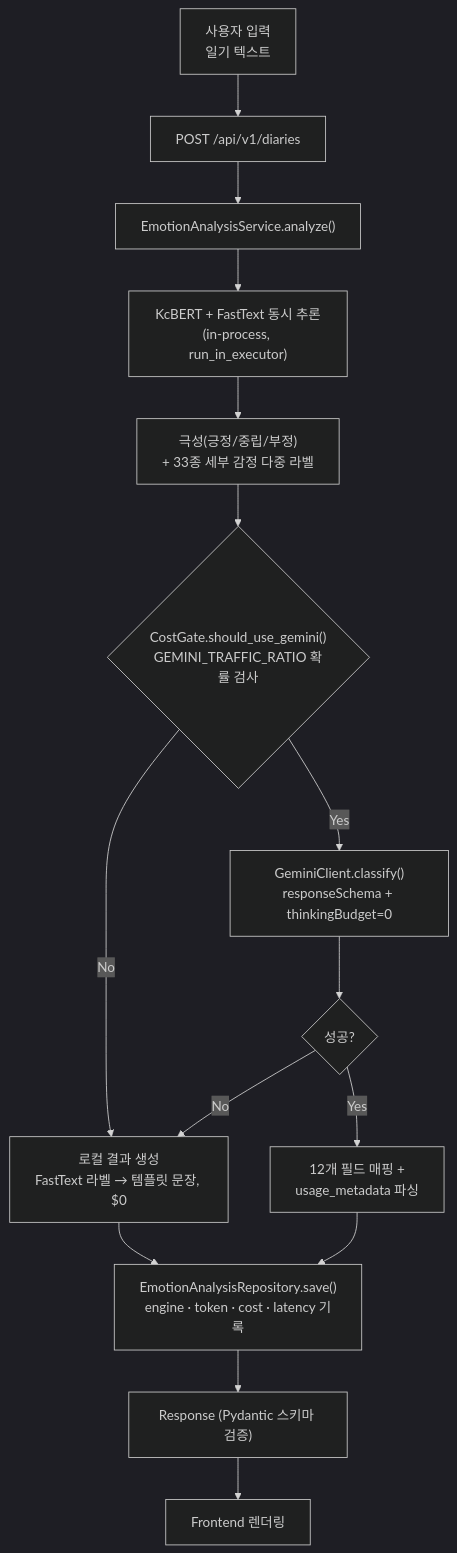
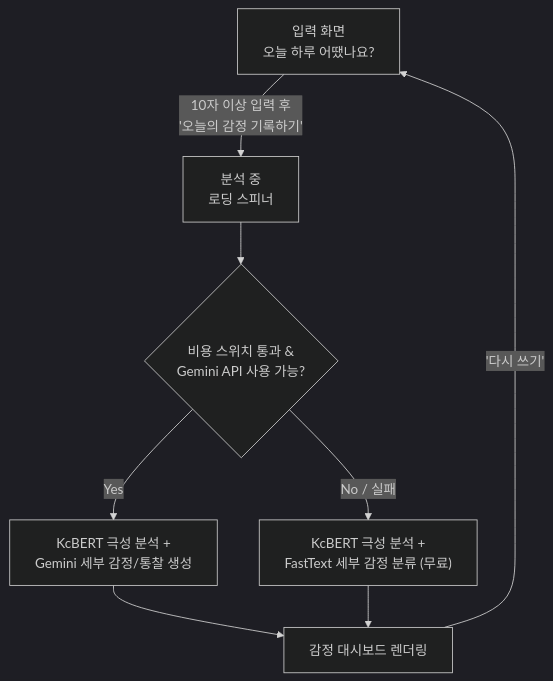
Before and after one commit to jeongbin01/Emotion_Diary: the third of 3 diagrams in docs/PORTFOLIO_REDESIGN.md, drawn with Mermaid (dark theme). The commit also changed other lines of this file, not shown here.

````diff
--- a/docs/PORTFOLIO_REDESIGN.md
+++ b/docs/PORTFOLIO_REDESIGN.md
@@ -209,17 +317,10 @@
 ```mermaid
 flowchart TD
-    A["사용자 입력<br/>일기 텍스트"] --> B["POST /api/v1/diaries"]
-    B --> C["EmotionAnalysisService.analyze()"]
-    C --> D["KcBERT + FastText 동시 추론<br/>(in-process, run_in_executor)"]
-    D --> E["극성(긍정/중립/부정)<br/>+ 33종 세부 감정 다중 라벨"]
-    E --> F{"CostGate.should_use_gemini()<br/>GEMINI_TRAFFIC_RATIO 확률 검사"}
-    F -->|"No"| G["로컬 결과 생성<br/>FastText 라벨 → 템플릿 문장, $0"]
-    F -->|"Yes"| H["GeminiClient.classify()<br/>responseSchema + thinkingBudget=0"]
-    H --> I{"성공?"}
-    I -->|"No"| G
-    I -->|"Yes"| J["12개 필드 매핑 +<br/>usage_metadata 파싱"]
-    G --> K["EmotionAnalysisRepository.save()<br/>engine · token · cost · latency 기록"]
-    J --> K
-    K --> L["Response (Pydantic 스키마 검증)"]
-    L --> M["Frontend 렌더링"]
+    A["입력 화면<br/>오늘 하루 어땠나요?"] -->|"10자 이상 입력 후<br/>'오늘의 감정 기록하기'"| B["분석 중<br/>로딩 스피너"]
+    B --> C{"비용 스위치 통과 &<br/>Gemini API 사용 가능?"}
+    C -->|"Yes"| D["KcBERT 극성 분석 +<br/>Gemini 세부 감정/통찰 생성"]
+    C -->|"No / 실패"| E["KcBERT 극성 분석 +<br/>FastText 세부 감정 분류 (무료)"]
+    D --> F["감정 대시보드 렌더링"]
+    E --> F
+    F -->|"'다시 쓰기'"| A
 ```
````
